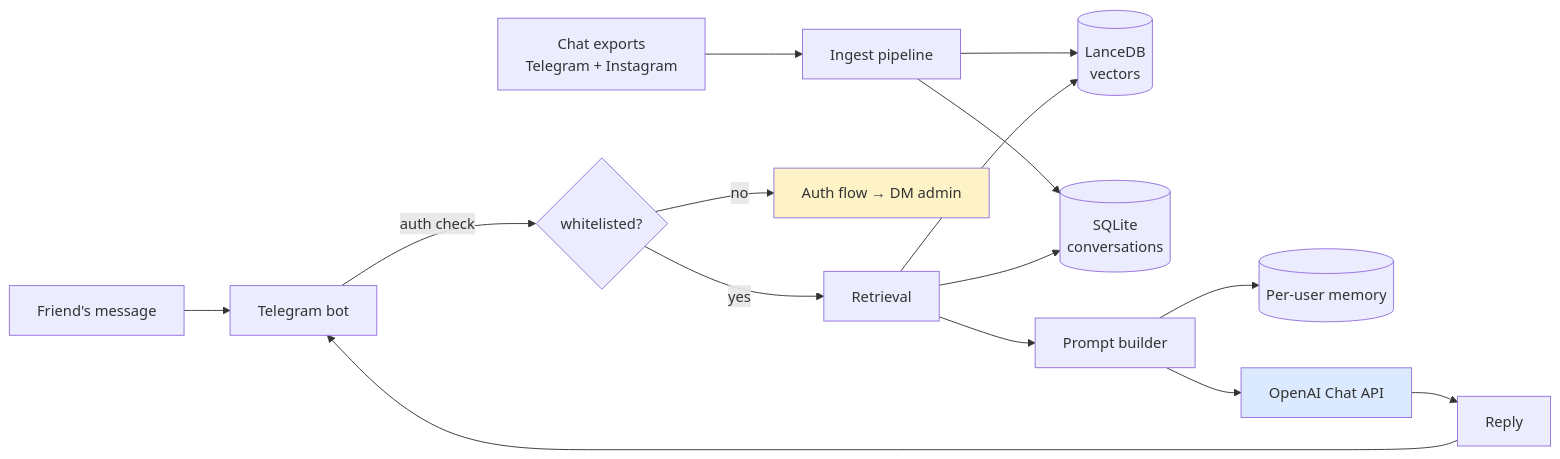
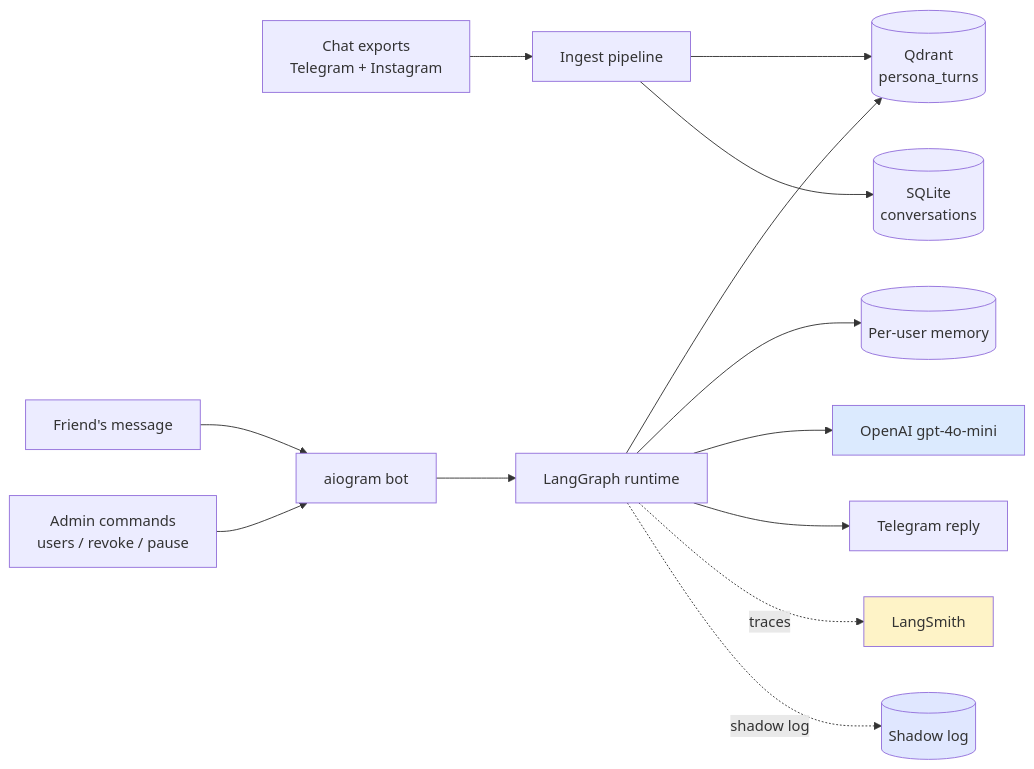
The first of 4 diagrams in docs/ARCHITECTURE.md (BohdanChuprynka/Persona-RAG), drawn with Mermaid before and after one commit. The commit also changed other lines of this file and 15 other files, not shown here.

````diff
--- a/docs/ARCHITECTURE.md
+++ b/docs/ARCHITECTURE.md
@@ -13,21 +13,21 @@
 ```mermaid
 flowchart LR
     A[Chat exports<br/>Telegram + Instagram] --> B[Ingest pipeline]
-    B --> C[(LanceDB<br/>vectors)]
+    B --> C[(Qdrant<br/>persona_turns)]
     B --> D[(SQLite<br/>conversations)]
 
-    F[Friend's message] --> G[Telegram bot]
-    G -->|auth check| H{whitelisted?}
-    H -->|no| I[Auth flow → DM admin]
-    H -->|yes| J[Retrieval]
-    J --> C
-    J --> D
-    J --> K[Prompt builder]
-    K --> M[(Per-user memory)]
-    K --> L[OpenAI Chat API]
-    L --> N[Reply]
-    N --> G
+    F[Friend's message] --> G[aiogram bot]
+    G --> H[LangGraph runtime]
+    H --> C
+    H --> N[(Per-user memory)]
+    H --> L[OpenAI gpt-4o-mini]
+    H --> O[Telegram reply]
+    H -.traces.-> S[LangSmith]
 
-    style I fill:#fef3c7
+    Q[Admin commands<br/>users / revoke / pause] --> G
+    H -.shadow log.-> SL[(Shadow log)]
+
     style L fill:#dbeafe
+    style S fill:#fef3c7
+    style SL fill:#e0e7ff
 ```
````
